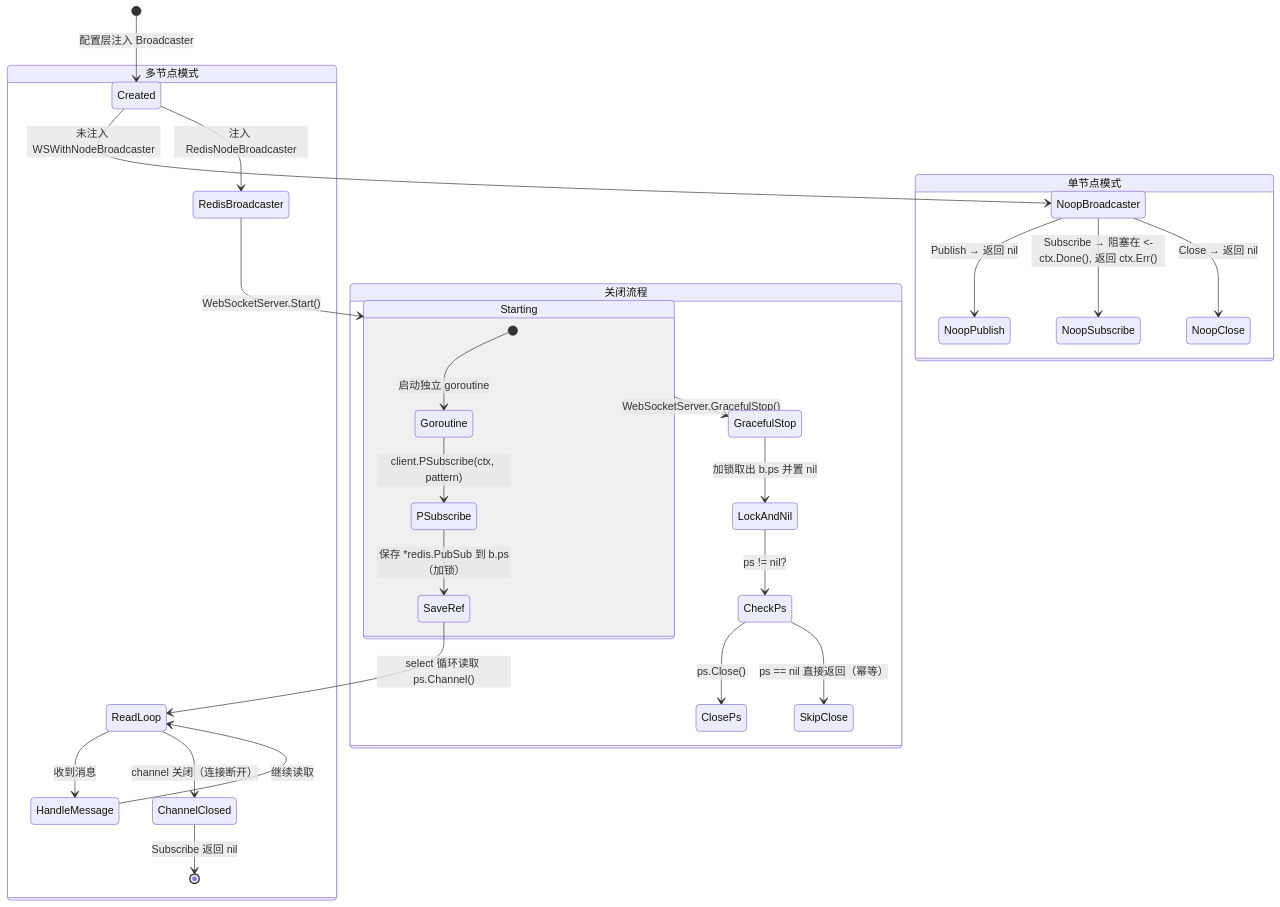
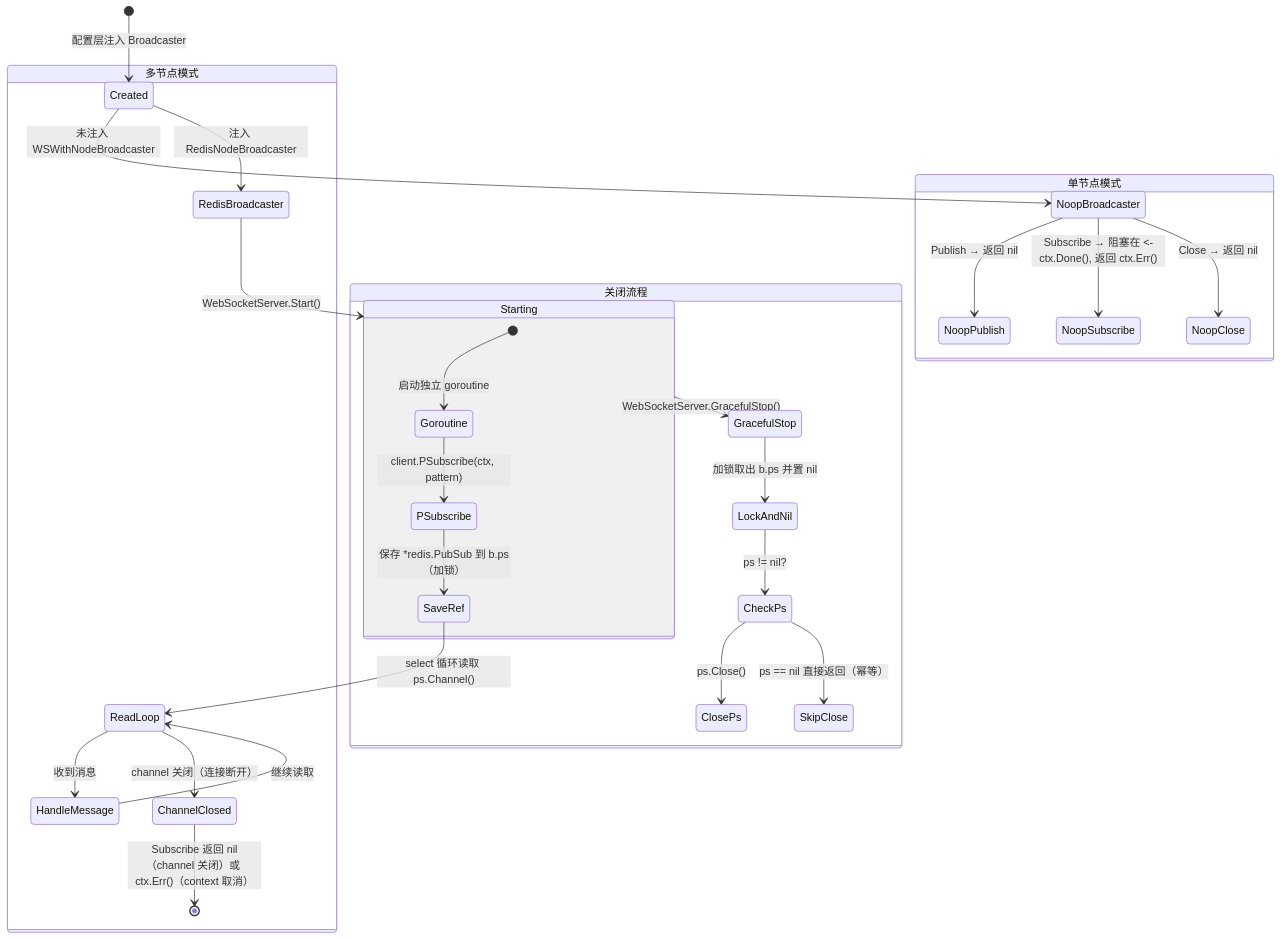
Before and after one commit to PineappleBond/xyncra-server: the sixth of 6 diagrams in wiki/flows/broadcasting.md, drawn with Mermaid. The commit also changed other lines of this file and 19 other files, not shown here.

````diff
--- a/wiki/flows/broadcasting.md
+++ b/wiki/flows/broadcasting.md
@@ -352,34 +409,34 @@
 ```mermaid
 stateDiagram-v2
     [*] --> Created: 配置层注入 Broadcaster
 
     state "单节点模式" as SingleNode {
         Created --> NoopBroadcaster: 未注入 WSWithNodeBroadcaster
         NoopBroadcaster --> NoopPublish: Publish → 返回 nil
         NoopBroadcaster --> NoopSubscribe: Subscribe → 阻塞在 <-ctx.Done(), 返回 ctx.Err()
         NoopBroadcaster --> NoopClose: Close → 返回 nil
     }
 
     state "多节点模式" as MultiNode {
         Created --> RedisBroadcaster: 注入 RedisNodeBroadcaster
         RedisBroadcaster --> Starting: WebSocketServer.Start()
         state Starting {
             [*] --> Goroutine: 启动独立 goroutine
             Goroutine --> PSubscribe: client.PSubscribe(ctx, pattern)
             PSubscribe --> SaveRef: 保存 *redis.PubSub 到 b.ps（加锁）
             SaveRef --> ReadLoop: select 循环读取 ps.Channel()
         }
         ReadLoop --> HandleMessage: 收到消息
         HandleMessage --> ReadLoop: 继续读取
         ReadLoop --> ChannelClosed: channel 关闭（连接断开）
-        ChannelClosed --> [*]: Subscribe 返回 nil
+        ChannelClosed --> [*]: Subscribe 返回 nil（channel 关闭）或 ctx.Err()（context 取消）
     }
 
     state "关闭流程" as Shutdown {
         Starting --> GracefulStop: WebSocketServer.GracefulStop()
         GracefulStop --> LockAndNil: 加锁取出 b.ps 并置 nil
         LockAndNil --> CheckPs: ps != nil?
         CheckPs --> ClosePs: ps.Close()
         CheckPs --> SkipClose: ps == nil 直接返回（幂等）
     }
 ```
````
